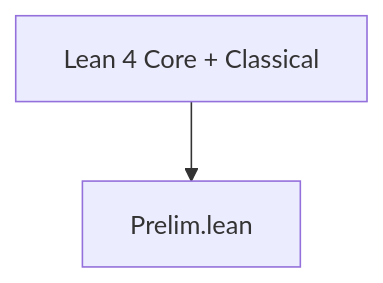
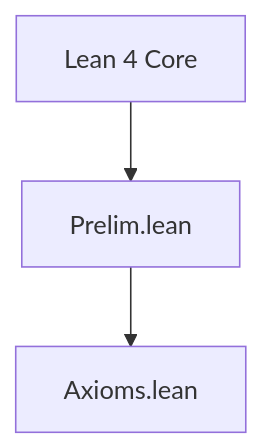
One commit to julian1c2a/Robinson changed the diagram in REFERENCE.md. Above: the diagram before and after it, drawn with Mermaid. The commit also changed other lines of this file and 3 other files, not shown here.

Commit message:
fix: eliminar variables no usadas en Axioms.lean

````diff
--- a/REFERENCE.md
+++ b/REFERENCE.md
@@ -99,4 +100,5 @@
 ```mermaid
 graph TD
-    LC[Lean 4 Core + Classical] --> P[Prelim.lean]
+    LC[Lean 4 Core] --> P[Prelim.lean]
+    P --> A[Axioms.lean]
 ```
````
